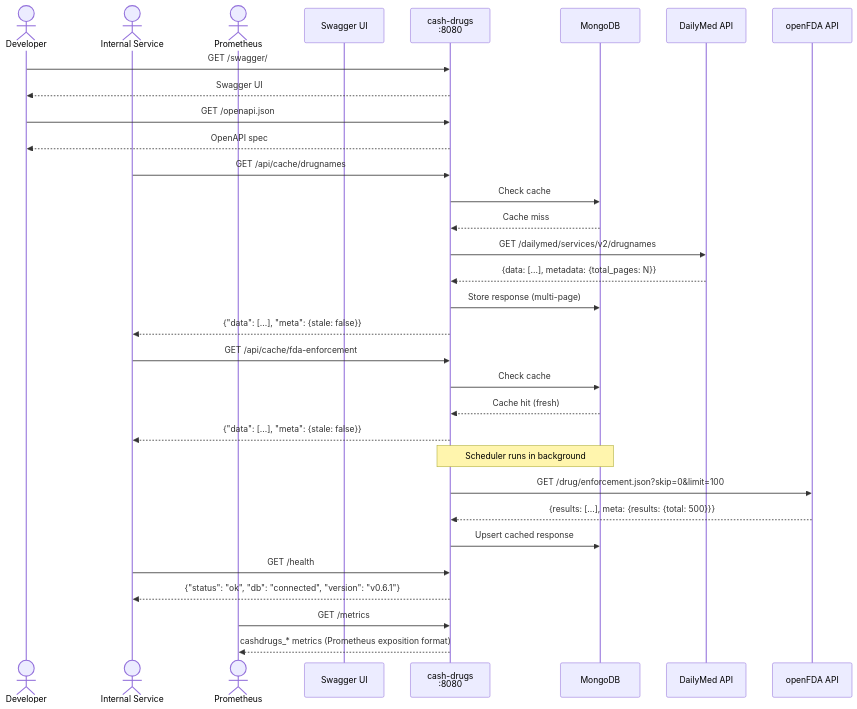
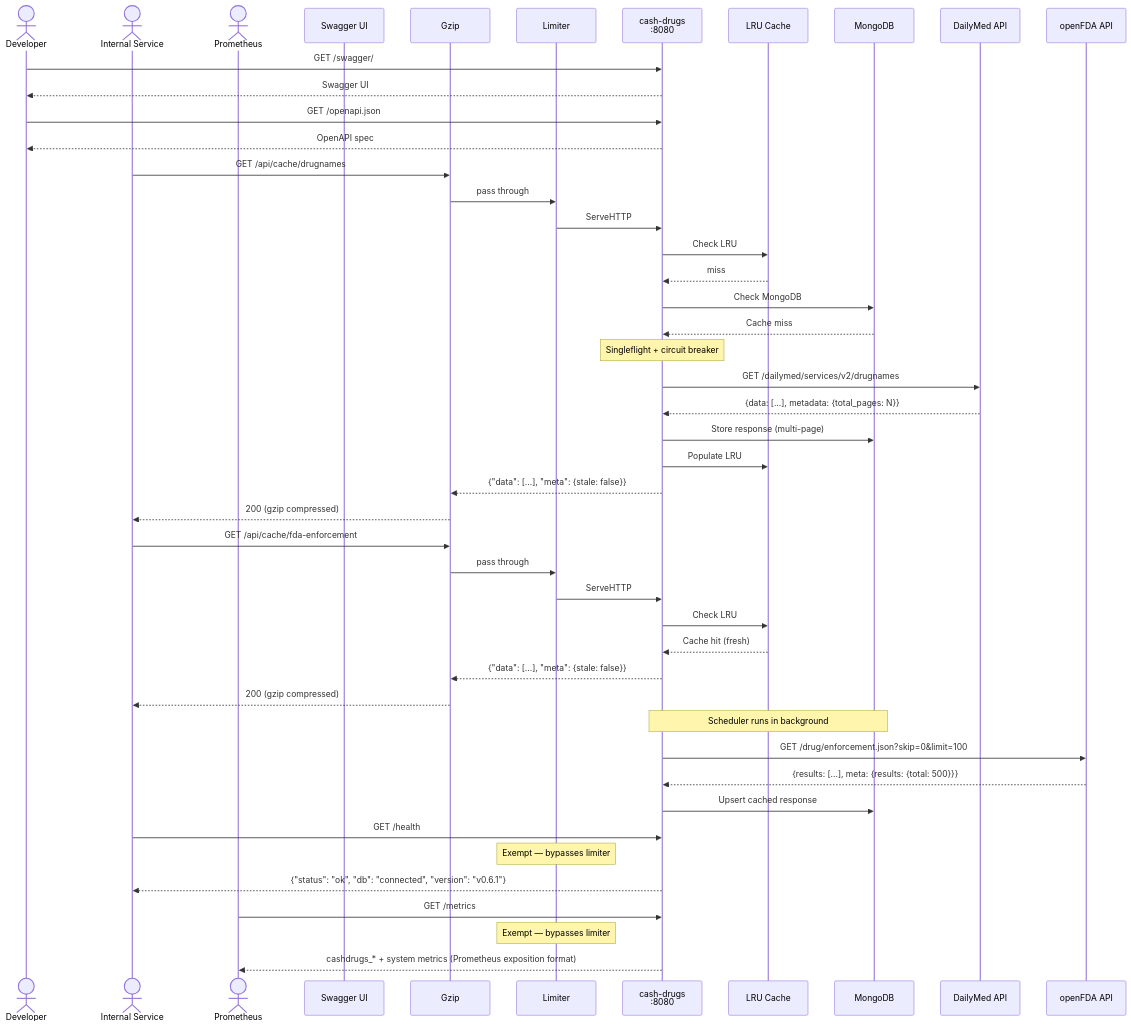
One commit to finish06/cash-drugs changed diagram 13 of 13 in docs/sequence-diagram.md. Above: the diagram before and after it, drawn with Mermaid. The commit also changed other lines of this file and 1 other file, not shown here.

First line of the commit message:
docs: update sequence diagrams and CLAUDE.md for M9 features

````diff
--- a/docs/sequence-diagram.md
+++ b/docs/sequence-diagram.md
@@ -232,40 +429,55 @@
 ```mermaid
 sequenceDiagram
     actor Dev as Developer
     actor Svc as Internal Service
     actor Prom as Prometheus
     participant SW as Swagger UI
+    participant GZ as Gzip
+    participant LIM as Limiter
     participant CD as cash-drugs<br/>:8080
+    participant LRU as LRU Cache
     participant DB as MongoDB
     participant API1 as DailyMed API
     participant API2 as openFDA API
 
     Dev->>CD: GET /swagger/
     CD-->>Dev: Swagger UI
     Dev->>CD: GET /openapi.json
     CD-->>Dev: OpenAPI spec
 
-    Svc->>CD: GET /api/cache/drugnames
-    CD->>DB: Check cache
+    Svc->>GZ: GET /api/cache/drugnames
+    GZ->>LIM: pass through
+    LIM->>CD: ServeHTTP
+    CD->>LRU: Check LRU
+    LRU-->>CD: miss
+    CD->>DB: Check MongoDB
     DB-->>CD: Cache miss
+    Note over CD: Singleflight + circuit breaker
     CD->>API1: GET /dailymed/services/v2/drugnames
     API1-->>CD: {data: [...], metadata: {total_pages: N}}
     CD->>DB: Store response (multi-page)
-    CD-->>Svc: {"data": [...], "meta": {stale: false}}
+    CD->>LRU: Populate LRU
+    CD-->>GZ: {"data": [...], "meta": {stale: false}}
+    GZ-->>Svc: 200 (gzip compressed)
 
-    Svc->>CD: GET /api/cache/fda-enforcement
-    CD->>DB: Check cache
-    DB-->>CD: Cache hit (fresh)
-    CD-->>Svc: {"data": [...], "meta": {stale: false}}
+    Svc->>GZ: GET /api/cache/fda-enforcement
+    GZ->>LIM: pass through
+    LIM->>CD: ServeHTTP
+    CD->>LRU: Check LRU
+    LRU-->>CD: Cache hit (fresh)
+    CD-->>GZ: {"data": [...], "meta": {stale: false}}
+    GZ-->>Svc: 200 (gzip compressed)
 
     Note over CD,DB: Scheduler runs in background
     CD->>API2: GET /drug/enforcement.json?skip=0&limit=100
     API2-->>CD: {results: [...], meta: {results: {total: 500}}}
     CD->>DB: Upsert cached response
 
     Svc->>CD: GET /health
+    Note over LIM: Exempt — bypasses limiter
     CD-->>Svc: {"status": "ok", "db": "connected", "version": "v0.6.1"}
 
     Prom->>CD: GET /metrics
-    CD-->>Prom: cashdrugs_* metrics (Prometheus exposition format)
+    Note over LIM: Exempt — bypasses limiter
+    CD-->>Prom: cashdrugs_* + system metrics (Prometheus exposition format)
 ```
````
